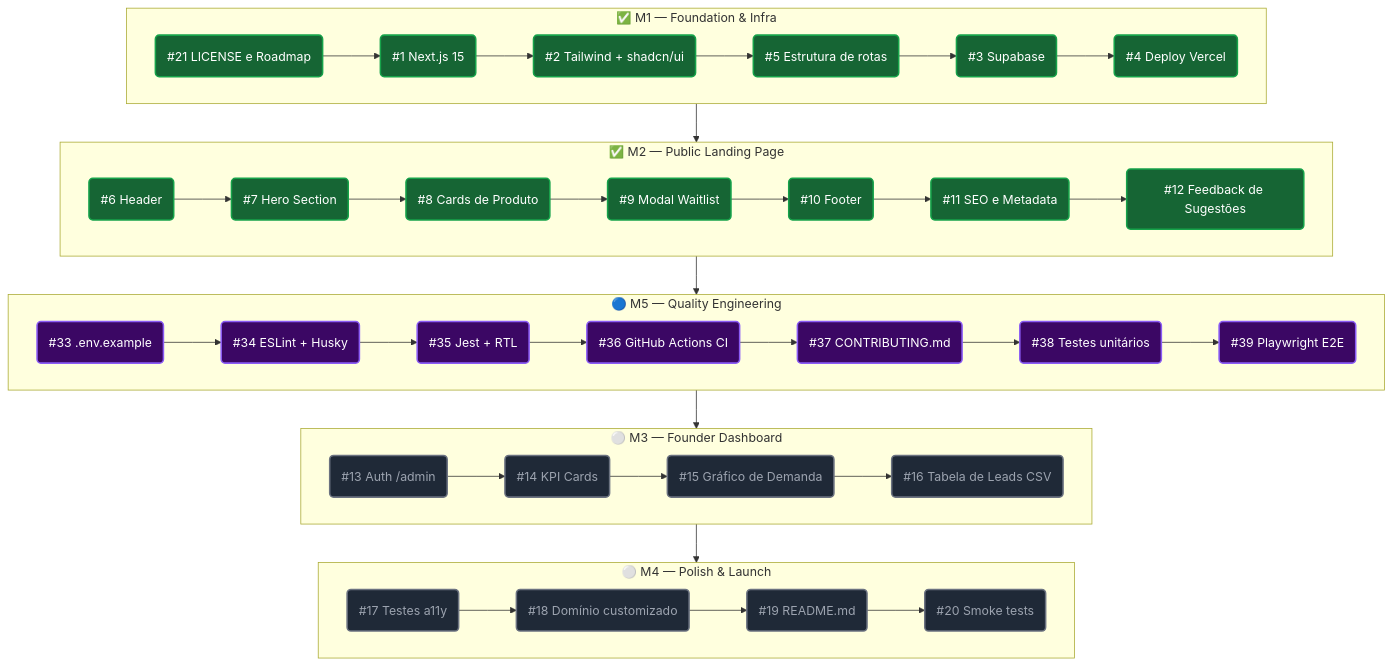
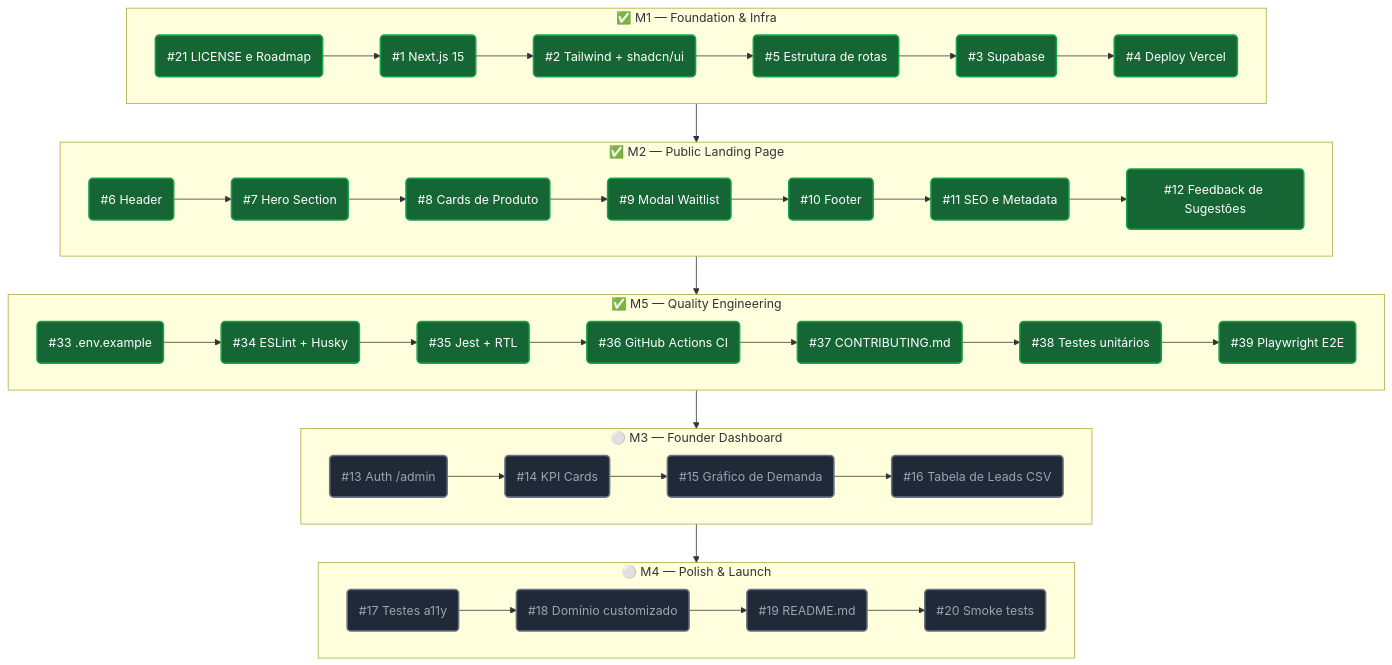
The diagram in ROADMAP.md (CabPiz/kairos-labs), drawn with Mermaid before and after one commit. The commit also changed other lines of this file, not shown here.

First line of the commit message:
docs(roadmap): marca M5 Quality Engineering como concluído

````diff
--- a/ROADMAP.md
+++ b/ROADMAP.md
@@ -28,35 +28,35 @@
 ```mermaid
 %%{init: {'flowchart': {'curve': 'linear'}}}%%
 flowchart TD
     classDef done fill:#166534,stroke:#16a34a,stroke-width:2px,color:#fff;
     classDef active fill:#1e3a5f,stroke:#3b82f6,stroke-width:2px,color:#fff;
     classDef quality fill:#3b0764,stroke:#8b5cf6,stroke-width:2px,color:#fff;
     classDef planned fill:#1f2937,stroke:#6b7280,stroke-width:2px,color:#9ca3af;
 
     subgraph M1["✅ M1 — Foundation & Infra"]
         direction LR
         i21("#21 LICENSE e Roadmap"):::done --> i1("#1 Next.js 15"):::done --> i2("#2 Tailwind + shadcn/ui"):::done --> i5("#5 Estrutura de rotas"):::done --> i3("#3 Supabase"):::done --> i4("#4 Deploy Vercel"):::done
     end
 
     subgraph M2["✅ M2 — Public Landing Page"]
         direction LR
         i6("#6 Header"):::done --> i7("#7 Hero Section"):::done --> i8("#8 Cards de Produto"):::done --> i9("#9 Modal Waitlist"):::done --> i10("#10 Footer"):::done --> i11("#11 SEO e Metadata"):::done --> i12("#12 Feedback de Sugestões"):::done
     end
 
-    subgraph M5["🔵 M5 — Quality Engineering"]
+    subgraph M5["✅ M5 — Quality Engineering"]
         direction LR
-        i33("#33 .env.example"):::quality --> i34("#34 ESLint + Husky"):::quality --> i35("#35 Jest + RTL"):::quality --> i36("#36 GitHub Actions CI"):::quality --> i37("#37 CONTRIBUTING.md"):::quality --> i38("#38 Testes unitários"):::quality --> i39("#39 Playwright E2E"):::quality
+        i33("#33 .env.example"):::done --> i34("#34 ESLint + Husky"):::done --> i35("#35 Jest + RTL"):::done --> i36("#36 GitHub Actions CI"):::done --> i37("#37 CONTRIBUTING.md"):::done --> i38("#38 Testes unitários"):::done --> i39("#39 Playwright E2E"):::done
     end
 
     subgraph M3["⚪ M3 — Founder Dashboard"]
         direction LR
         i13("#13 Auth /admin"):::planned --> i14("#14 KPI Cards"):::planned --> i15("#15 Gráfico de Demanda"):::planned --> i16("#16 Tabela de Leads CSV"):::planned
     end
 
     subgraph M4["⚪ M4 — Polish & Launch"]
         direction LR
         i17("#17 Testes a11y"):::planned --> i18("#18 Domínio customizado"):::planned --> i19("#19 README.md"):::planned --> i20("#20 Smoke tests"):::planned
     end
 
     M1 --> M2 --> M5 --> M3 --> M4
 ```
````
